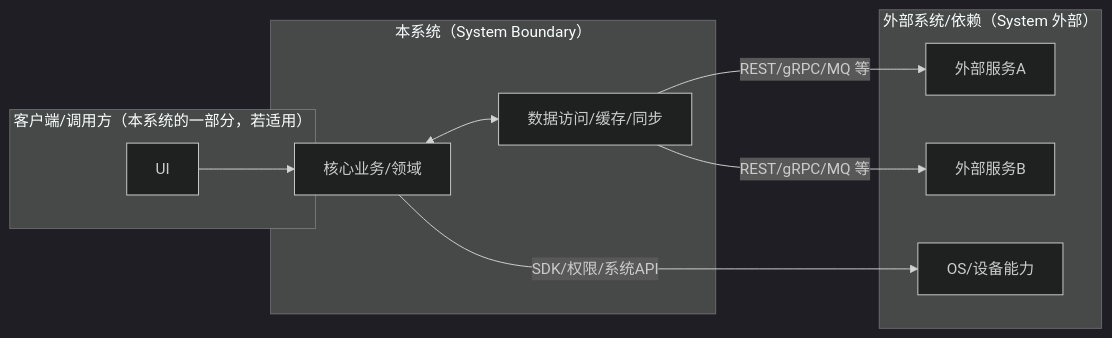
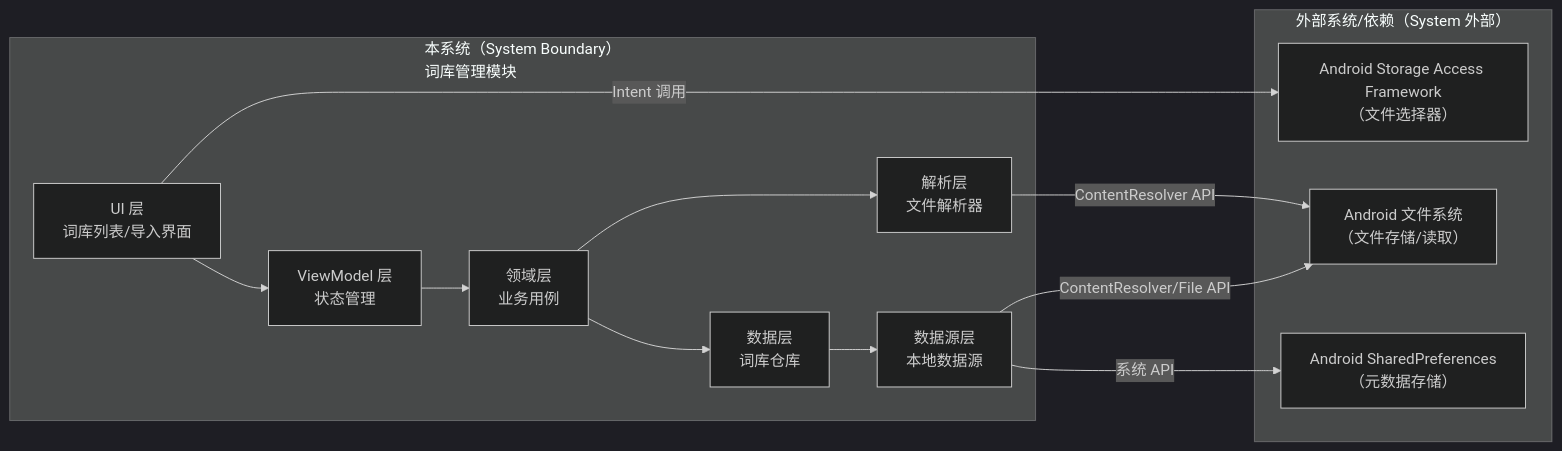
Before and after one commit to jackykarma/Verity: the first of 5 diagrams in specs/epics/EPIC-001-word-memory-app/features/FEAT-001-word-library-management/plan.md, drawn with Mermaid (dark theme). The commit also changed other lines of this file and 3 other files, not shown here.

````diff
--- a/specs/epics/EPIC-001-word-memory-app/features/FEAT-001-word-library-management/plan.md
+++ b/specs/epics/EPIC-001-word-memory-app/features/FEAT-001-word-library-management/plan.md
@@ -63,21 +63,25 @@
 ```mermaid
 flowchart LR
-  %% TODO: 用真实系统名替换，并体现“系统边界”与“外部系统”
-  subgraph Client["客户端/调用方（本系统的一部分，若适用）"]
-    UI[UI]
-  end
-  subgraph System["本系统（System Boundary）"]
-    Core[核心业务/领域]
-    Data[数据访问/缓存/同步]
+  subgraph System["本系统（System Boundary）<br/>词库管理模块"]
+    UI[UI 层<br/>词库列表/导入界面]
+    ViewModel[ViewModel 层<br/>状态管理]
+    UseCase[领域层<br/>业务用例]
+    Repository[数据层<br/>词库仓库]
+    Parser[解析层<br/>文件解析器]
+    DataSource[数据源层<br/>本地数据源]
   end
   subgraph External["外部系统/依赖（System 外部）"]
-    SvcA[外部服务A]
-    SvcB[外部服务B]
-    OS[OS/设备能力]
+    SAF["Android Storage Access Framework<br/>（文件选择器）"]
+    FileSystem["Android 文件系统<br/>（文件存储/读取）"]
+    SharedPrefs["Android SharedPreferences<br/>（元数据存储）"]
   end
-  UI --> Core
-  Core <--> Data
-  Data -->|REST/gRPC/MQ 等| SvcA
-  Data -->|REST/gRPC/MQ 等| SvcB
-  Core -->|SDK/权限/系统API| OS
+  UI --> ViewModel
+  ViewModel --> UseCase
+  UseCase --> Repository
+  Repository --> DataSource
+  UseCase --> Parser
+  UI -->|Intent 调用| SAF
+  Parser -->|ContentResolver API| FileSystem
+  DataSource -->|系统 API| SharedPrefs
+  DataSource -->|ContentResolver/File API| FileSystem
 ```
````
